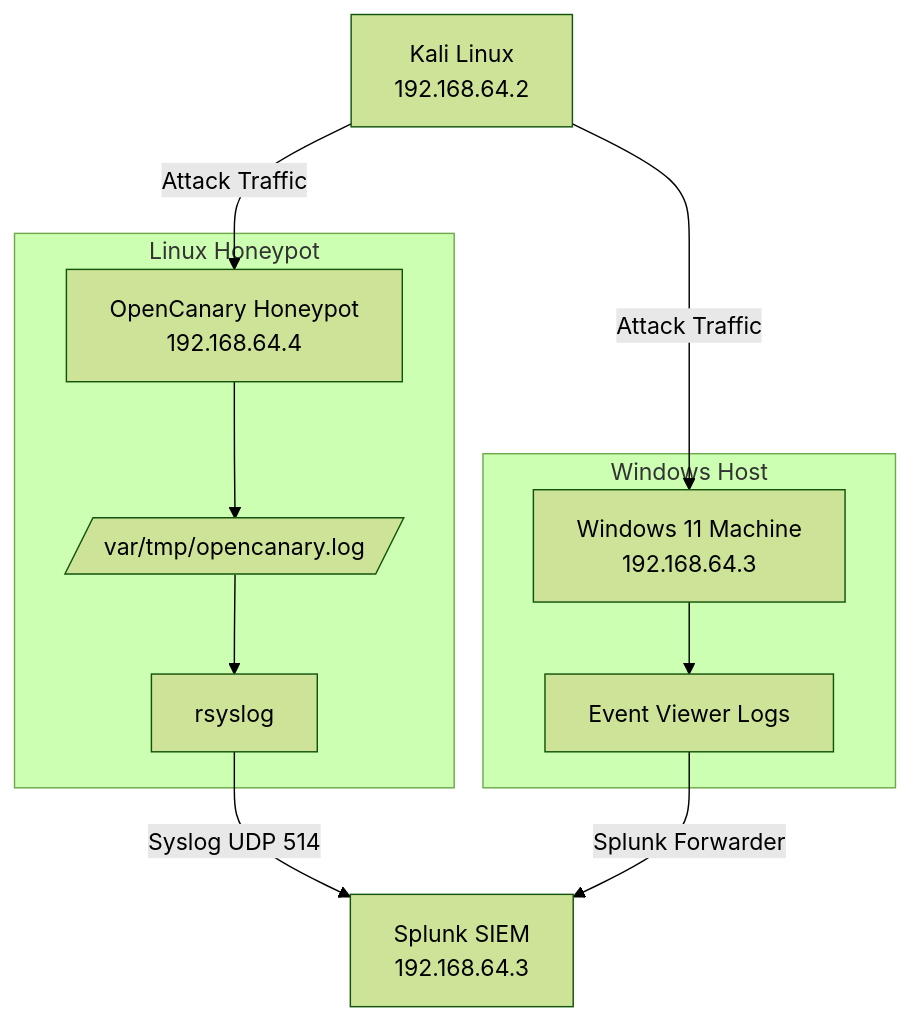
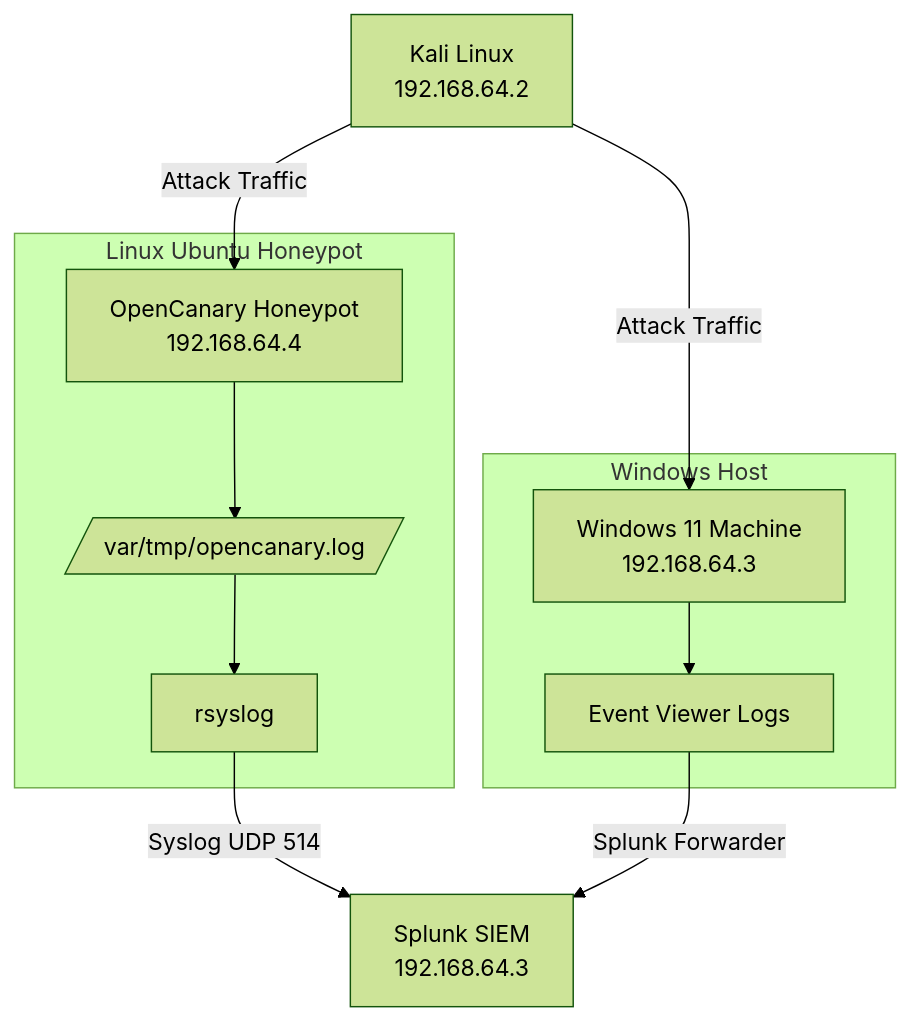
Before and after one commit to NotDokkaebi/Detection-Lab: the diagram in README.md, drawn with Mermaid (forest theme). The commit also changed other lines of this file, not shown here.

````diff
--- a/README.md
+++ b/README.md
@@ -30,19 +30,19 @@
 ```mermaid
 flowchart TD
 
 A[Kali Linux\n192.168.64.2] -->|Attack Traffic| B[OpenCanary Honeypot\n192.168.64.4]
 A -->|Attack Traffic| F[Windows 11 Machine\n192.168.64.3]
 
-subgraph Linux Honeypot
+subgraph Linux Ubuntu Honeypot
 B --> C[/var/tmp/opencanary.log/]
 C --> D[rsyslog]
 end
 
 D -->|Syslog UDP 514| E[Splunk SIEM\n192.168.64.3]
 
 subgraph Windows Host
 F --> G[Event Viewer Logs]
 end
 
 G -->|Splunk Forwarder| E
 ```
````
